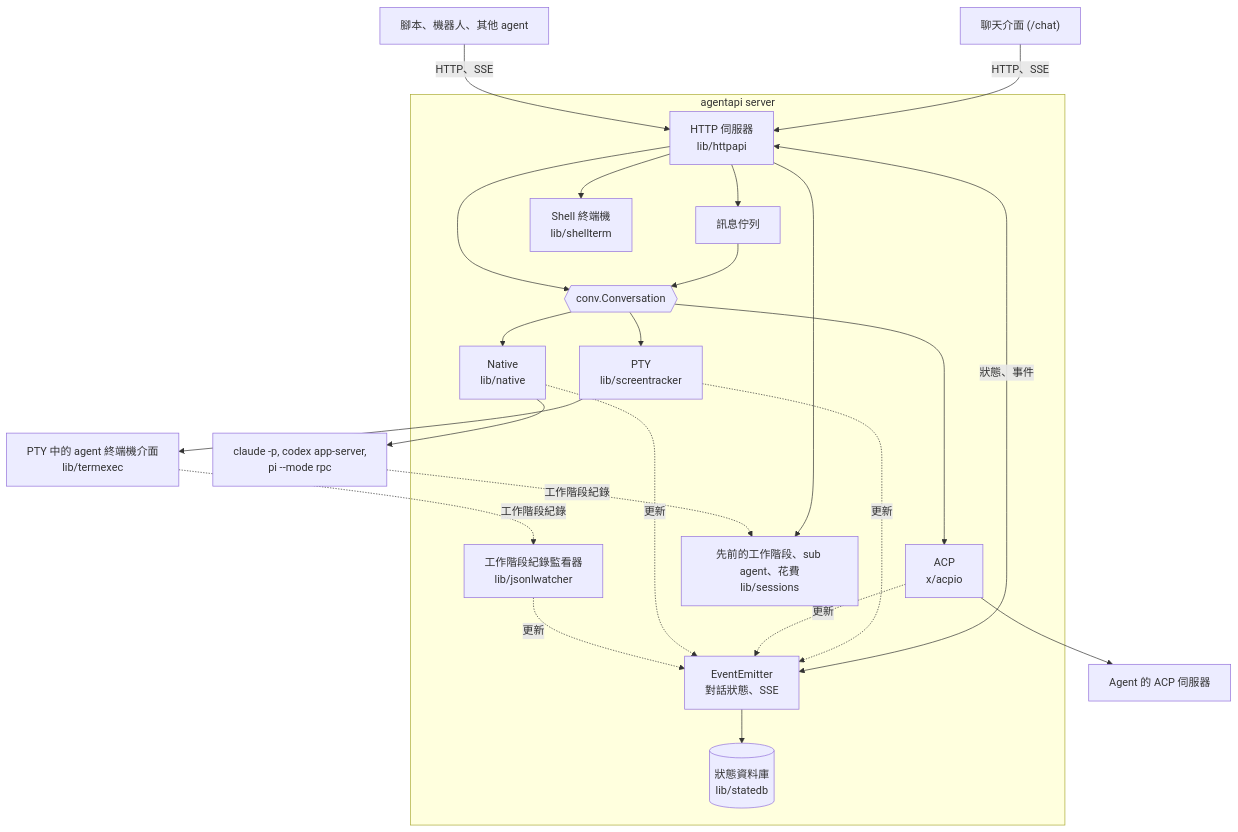
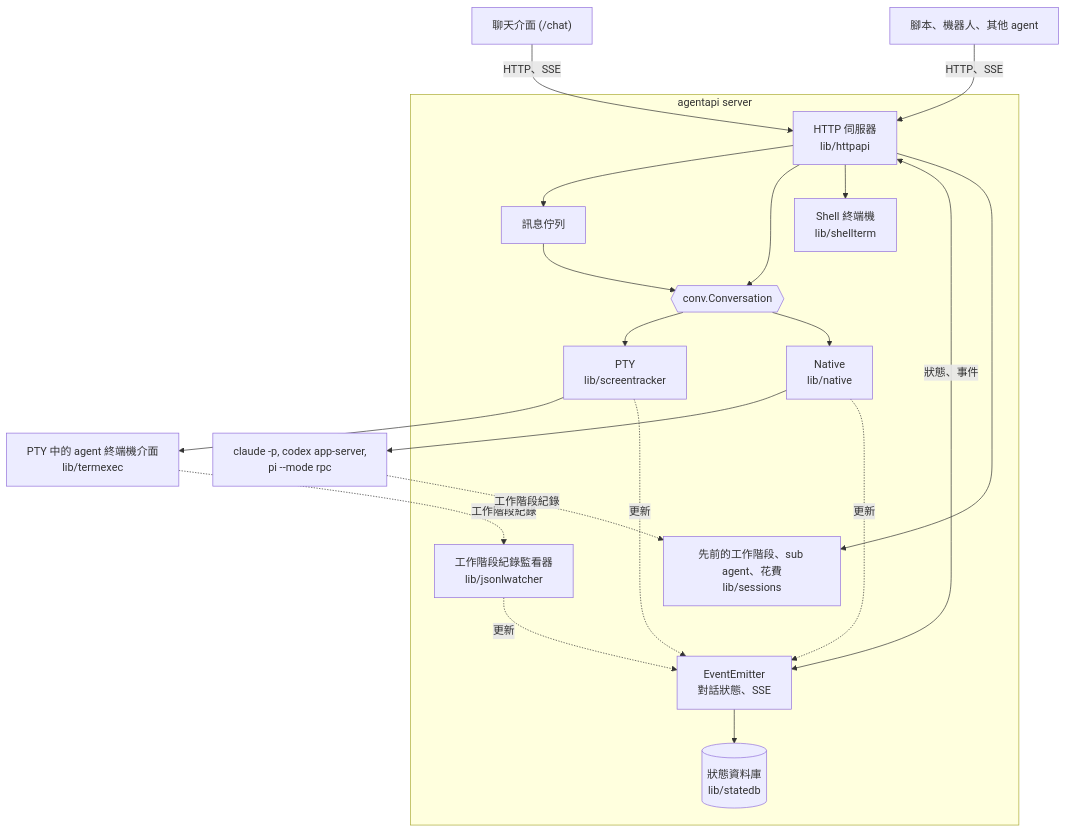
Before and after one commit to k1dav-c/agentapi: the first of 3 diagrams in docs/architecture.zh-TW.md, drawn with Mermaid. The commit also changed other lines of this file and 39 other files, not shown here.

````diff
--- a/docs/architecture.zh-TW.md
+++ b/docs/architecture.zh-TW.md
@@ -33,38 +32,34 @@
 ```mermaid
 flowchart TB
   chat["聊天介面 (/chat)"]
   tools["腳本、機器人、其他 agent"]
   subgraph server["agentapi server"]
     http["HTTP 伺服器<br/>lib/httpapi"]
     queue["訊息佇列"]
     emitter["EventEmitter<br/>對話狀態、SSE"]
     db[("狀態資料庫<br/>lib/statedb")]
     shell["Shell 終端機<br/>lib/shellterm"]
     conv{{"conv.Conversation"}}
     pty["PTY<br/>lib/screentracker"]
-    acp["ACP<br/>x/acpio"]
     native["Native<br/>lib/native"]
     jsonl["工作階段紀錄監看器<br/>lib/jsonlwatcher"]
     sessions["先前的工作階段、sub agent、花費<br/>lib/sessions"]
   end
   tui["PTY 中的 agent 終端機介面<br/>lib/termexec"]
-  acpagent["Agent 的 ACP 伺服器"]
   proto["claude -p, codex app-server,<br/>pi --mode rpc"]
   chat -- "HTTP、SSE" --> http
   tools -- "HTTP、SSE" --> http
   http --> queue --> conv
   http --> conv
   http --> shell
   http <-- "狀態、事件" --> emitter
   emitter --> db
   conv --> pty --> tui
-  conv --> acp --> acpagent
   conv --> native --> proto
   tui -. "工作階段紀錄" .-> jsonl
   pty -. "更新" .-> emitter
-  acp -. "更新" .-> emitter
   native -. "更新" .-> emitter
   jsonl -. "更新" .-> emitter
   http --> sessions
   proto -. "工作階段紀錄" .-> sessions
 ```
````
